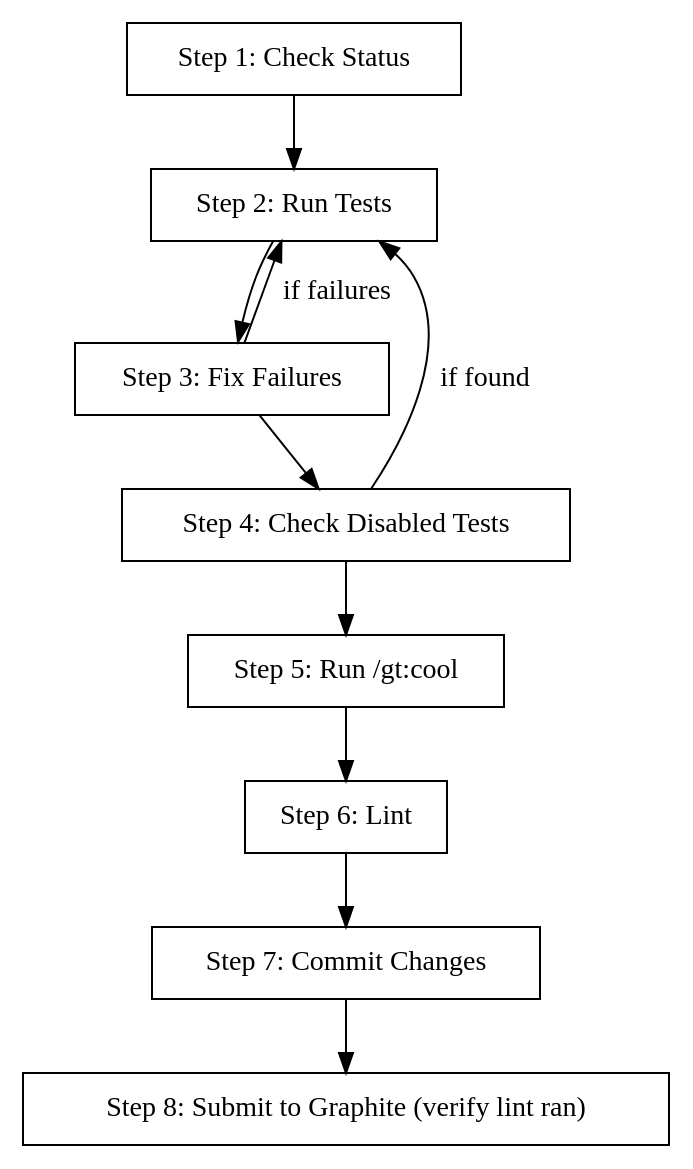
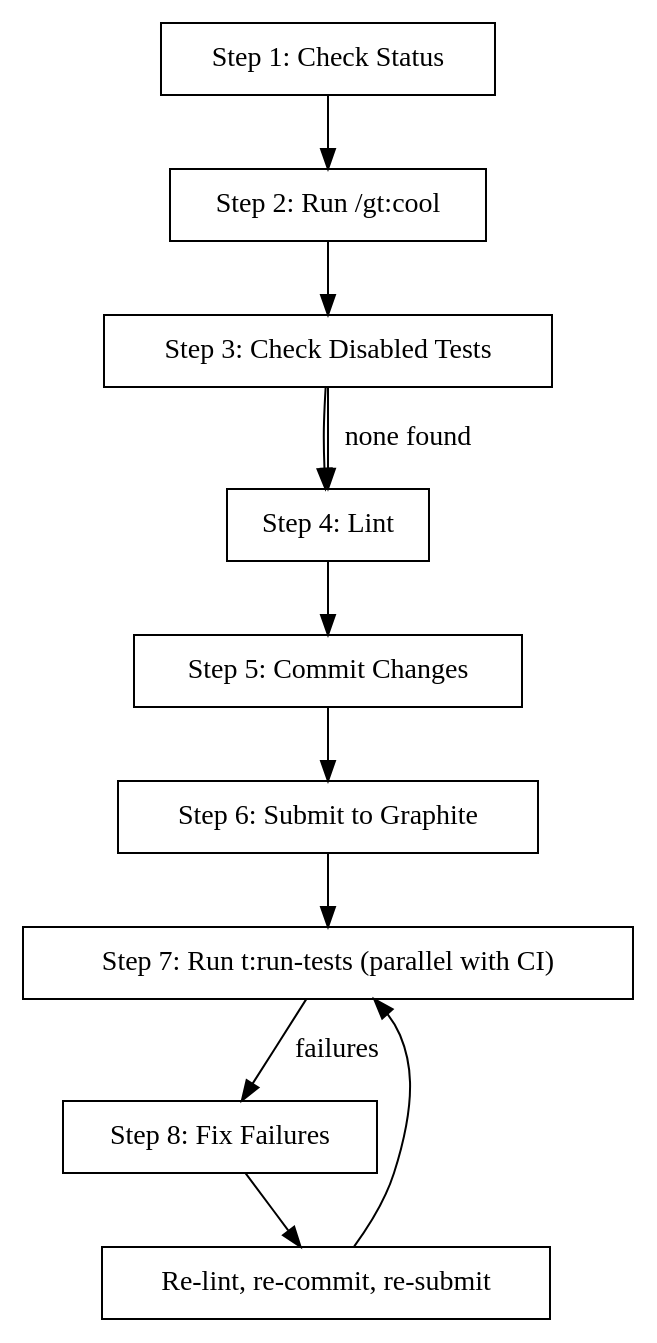
The diagram in docs/ai/daveey/skills/gt:submit/SKILL.md (relh/metta), drawn with Graphviz before and after one commit. The commit also changed other lines of this file and 2 other files, not shown here.

First line of the commit message:
chore: update auto-approve ai docs workflow and gt:submit instructions (#5256)

````diff
--- a/docs/ai/daveey/skills/gt:submit/SKILL.md
+++ b/docs/ai/daveey/skills/gt:submit/SKILL.md
@@ -19,19 +19,21 @@
 ```dot
 digraph submit {
   rankdir=TB;
   node [shape=box];
 
   status [label="Step 1: Check Status"];
-  test [label="Step 2: Run Tests"];
-  fix [label="Step 3: Fix Failures"];
-  disabled [label="Step 4: Check Disabled Tests"];
-  cool [label="Step 5: Run /gt:cool"];
-  lint [label="Step 6: Lint"];
-  commit [label="Step 7: Commit Changes"];
-  submit [label="Step 8: Submit to Graphite (verify lint ran)"];
+  cool [label="Step 2: Run /gt:cool"];
+  disabled [label="Step 3: Check Disabled Tests"];
+  lint [label="Step 4: Lint"];
+  commit [label="Step 5: Commit Changes"];
+  submit [label="Step 6: Submit to Graphite"];
+  test [label="Step 7: Run t:run-tests (parallel with CI)"];
+  fix [label="Step 8: Fix Failures"];
+  resubmit [label="Re-lint, re-commit, re-submit"];
 
-  status -> test -> fix -> disabled -> cool -> lint -> commit -> submit;
-  fix -> test [label="if failures"];
-  disabled -> test [label="if found"];
+  status -> cool -> disabled -> lint -> commit -> submit -> test;
+  test -> fix [label="failures"];
+  fix -> resubmit -> test;
+  disabled -> lint [label="none found"];
 }
 ```
````
